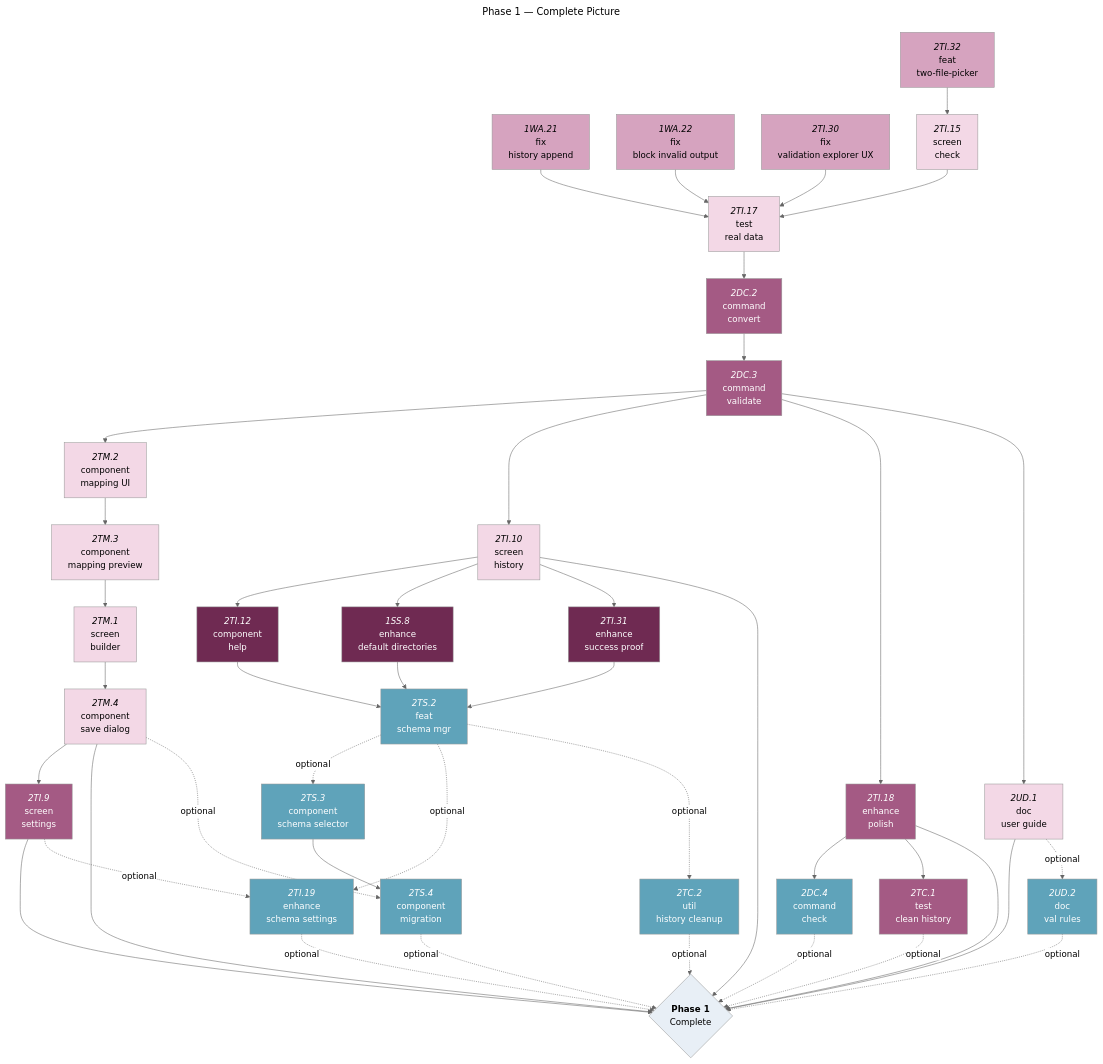
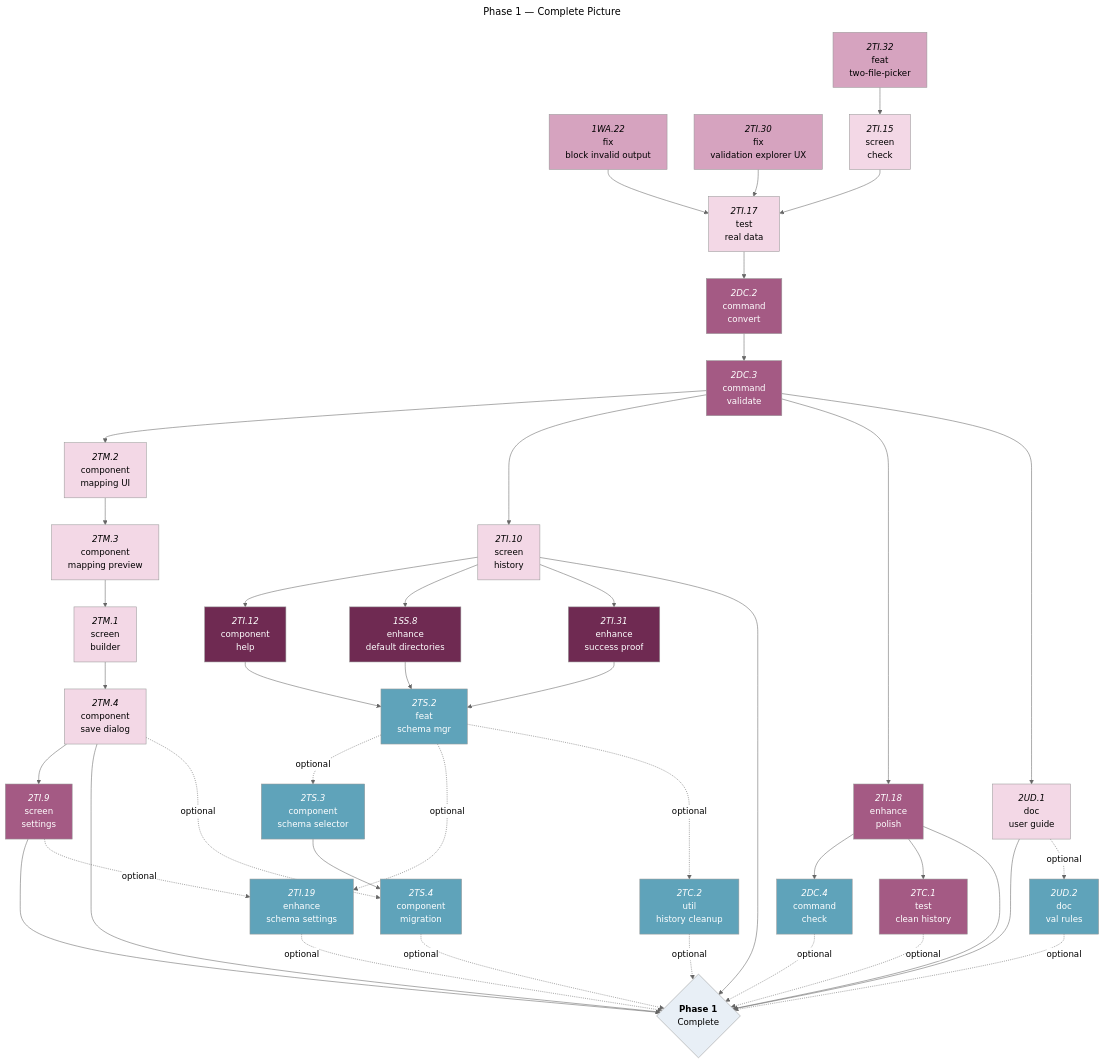
Before and after one commit to foundersandcoders/iris: the fifth of 5 diagrams in docs/roadmaps/phase-1-mvp-features.md, drawn with Mermaid (neutral theme). The commit also changed other lines of this file, not shown here.

Commit message:
docs: update roadmap

````diff
--- a/docs/roadmaps/phase-1-mvp-features.md
+++ b/docs/roadmaps/phase-1-mvp-features.md
@@ -333,77 +332,76 @@
 ```mermaid
 ---
 title: Phase 1 — Complete Picture
 ---
 graph TD
 
 %% M2A Open — bugs/fixes before real-data testing %%
-1WA.21["`*1WA.21*<br/>fix<br/>history append`"]:::must-open
 1WA.22["`*1WA.22*<br/>fix<br/>block invalid output`"]:::must-open
 2TI.30["`*2TI.30*<br/>fix<br/>validation explorer UX`"]:::must-open
 2TI.32["`*2TI.32*<br/>feat<br/>two-file-picker`"]:::must-open
 2TI.15["`*2TI.15*<br/>screen<br/>check`"]:::must-blocked
 2TI.12["`*2TI.12*<br/>component<br/>help`"]:::should-open
 1SS.8["`*1SS.8*<br/>enhance<br/>default directories`"]:::should-open
 2TI.31["`*2TI.31*<br/>enhance<br/>success proof`"]:::should-open
 2TI.17["`*2TI.17*<br/>test<br/>real data`"]:::must-blocked
 
 %% M2B Tasks %%
 2DC.2["`*2DC.2*<br/>command<br/>convert`"]:::should-blocked
 2DC.3["`*2DC.3*<br/>command<br/>validate`"]:::should-blocked
 2DC.4["`*2DC.4*<br/>command<br/>check`"]:::could-blocked
 
 %% M2C Tasks %%
 2TM.2["`*2TM.2*<br/>component<br/>mapping UI`"]:::must-blocked
 2TM.3["`*2TM.3*<br/>component<br/>mapping preview`"]:::must-blocked
 2TM.1["`*2TM.1*<br/>screen<br/>builder`"]:::must-blocked
 2TM.4["`*2TM.4*<br/>component<br/>save dialog`"]:::must-blocked
 2TI.9["`*2TI.9*<br/>screen<br/>settings`"]:::should-blocked
 2TS.2["`*2TS.2*<br/>feat<br/>schema mgr`"]:::could-blocked
 2TS.3["`*2TS.3*<br/>component<br/>schema selector`"]:::could-blocked
 2TS.4["`*2TS.4*<br/>component</br>migration`"]:::could-blocked
 2TI.19["`*2TI.19*<br/>enhance<br/>schema settings`"]:::could-blocked
 2TI.10["`*2TI.10*<br/>screen<br/>history`"]:::must-blocked
 2TI.18["`*2TI.18*<br/>enhance<br/>polish`"]:::should-blocked
 2TC.1["`*2TC.1*<br/>test<br/>clean history`"]:::should-blocked
 2UD.1["`*2UD.1*<br/>doc<br/>user guide`"]:::must-blocked
 2UD.2["`*2UD.2*<br/>doc<br/>val rules`"]:::could-blocked
 2TC.2["`*2TC.2*<br/>util<br/>history cleanup`"]:::could-blocked
 
 %% Milestone nodes %%
 phase1{"`**Phase 1**<br/>Complete`"}:::mile
 
 %% M2A Dependencies %%
 2TI.32 --> 2TI.15
-1WA.21 & 1WA.22 & 2TI.30 & 2TI.15 --> 2TI.17
+1WA.22 & 2TI.30 & 2TI.15 --> 2TI.17
 
 %% M2B Dependencies %%
 2TI.17 --> 2DC.2
 2DC.2 --> 2DC.3
 2DC.3 --> 2TM.2 & 2TI.10 & 2TI.18 & 2UD.1
 
 %% M2C Dependencies %%
 2TM.2 --> 2TM.3
 2TM.3 --> 2TM.1
 2TM.1 --> 2TM.4
 2TM.4 --> 2TI.9
 2TI.10 --> 2TI.12 & 1SS.8 & 2TI.31
 2TI.12 & 1SS.8 & 2TI.31 --> 2TS.2
 2TI.18 --> 2DC.4 & 2TC.1
 2TS.3 --> 2TS.4
 2TI.9 & 2TI.10 & 2TI.18 & 2UD.1 & 2TM.4 --> phase1
 
 %% OPTIONAL %%
 2UD.1 -.->|optional| 2UD.2
 2TI.9 -.->|optional| 2TI.19
 2TM.4 -.->|optional| 2TS.4
 2TS.2 -.->|optional| 2TS.3 & 2TI.19 & 2TC.2
 2DC.4 & 2TI.19 & 2TS.4 & 2UD.2 & 2TC.1 & 2TC.2 -.->|optional| phase1
 
 classDef must-open fill:#D6A3BF,color:#000;
 classDef must-blocked fill:#F3D8E6,color:#000;
 classDef should-open fill:#6F2A52,color:#fff;
 classDef should-blocked fill:#A45A84,color:#fff;
 classDef could-open fill:#3E7F96,color:#fff;
 classDef could-blocked fill:#5FA3BA,color:#fff;
 classDef mile fill:#E8EFF6,color:#000;
 ```
````
